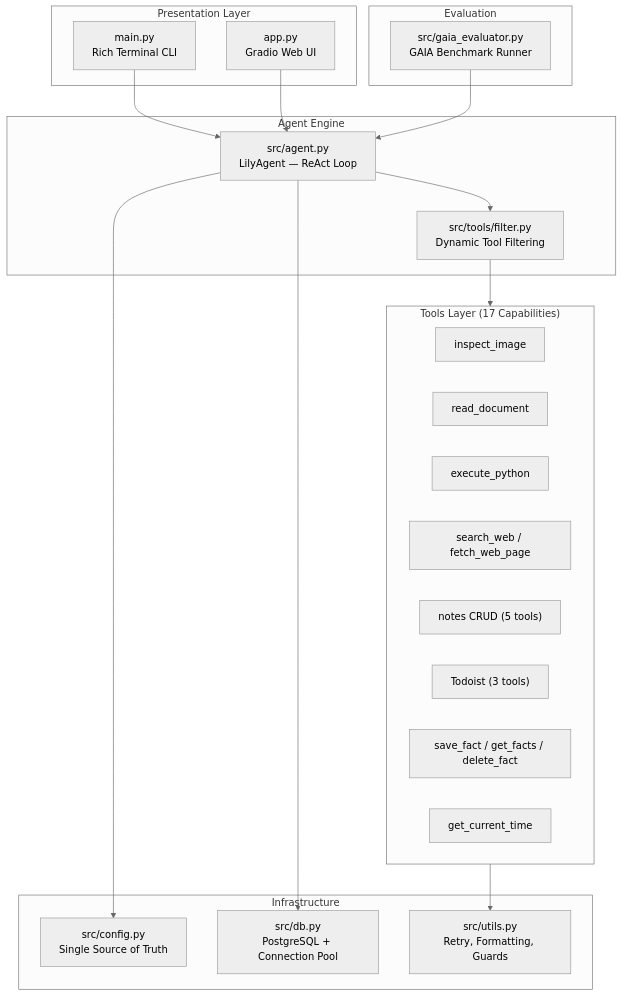
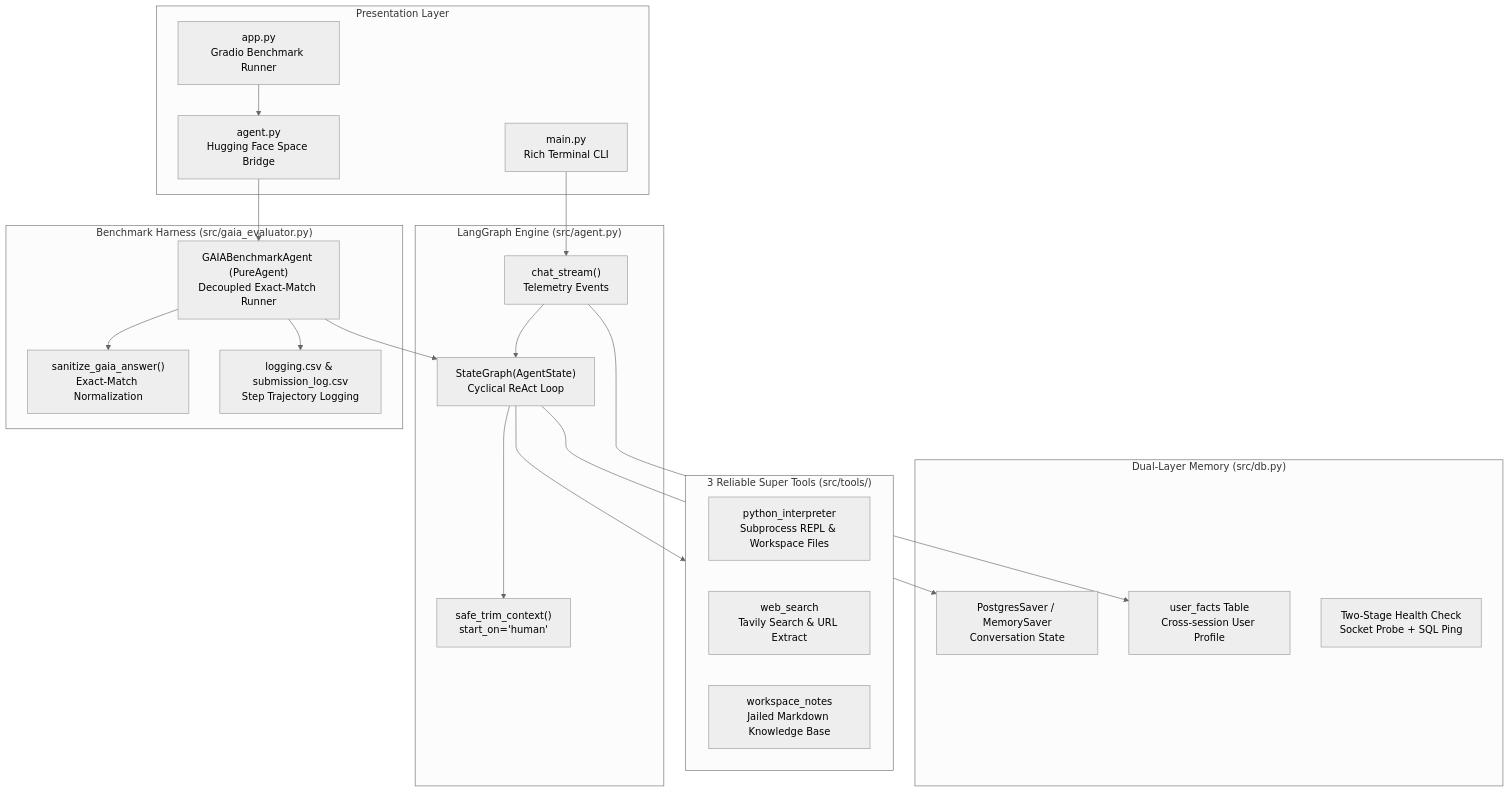
The diagram in README.md (19165/initio-lily), drawn with Mermaid (neutral theme) before and after one commit. The commit also changed other lines of this file, not shown here.

Commit message:
docs: modernize README.md with LangGraph architecture, 3 super tools, and gaia logging

````diff
--- a/README.md
+++ b/README.md
@@ -52,42 +50,44 @@
 ```mermaid
 graph TD
     subgraph Presentation["Presentation Layer"]
         CLI["main.py<br/>Rich Terminal CLI"]
-        WEB["app.py<br/>Gradio Web UI"]
+        WEB["app.py<br/>Gradio Benchmark Runner"]
+        BRIDGE["agent.py<br/>Hugging Face Space Bridge"]
     end
 
-    subgraph Engine["Agent Engine"]
-        AGENT["src/agent.py<br/>LilyAgent — ReAct Loop"]
-        FILTER["src/tools/filter.py<br/>Dynamic Tool Filtering"]
+    subgraph Engine["LangGraph Engine (src/agent.py)"]
+        GRAPH["StateGraph(AgentState)<br/>Cyclical ReAct Loop"]
+        TRIM["safe_trim_context()<br/>start_on='human'"]
+        STREAM["chat_stream()<br/>Telemetry Events"]
     end
 
-    subgraph Tools["Tools Layer (17 Capabilities)"]
-        VISION["inspect_image"]
-        DOCS["read_document"]
-        PYTHON["execute_python"]
-        SEARCH["search_web / fetch_web_page"]
-        NOTES["notes CRUD (5 tools)"]
-        TASKS["Todoist (3 tools)"]
-        MEMORY["save_fact / get_facts / delete_fact"]
-        TIME["get_current_time"]
+    subgraph Tools["3 Reliable Super Tools (src/tools/)"]
+        PYTHON["python_interpreter<br/>Subprocess REPL & Workspace Files"]
+        SEARCH["web_search<br/>Tavily Search & URL Extract"]
+        NOTES["workspace_notes<br/>Jailed Markdown Knowledge Base"]
     end
 
-    subgraph Infrastructure["Infrastructure"]
-        CONFIG["src/config.py<br/>Single Source of Truth"]
-        DB["src/db.py<br/>PostgreSQL + Connection Pool"]
-        UTILS["src/utils.py<br/>Retry, Formatting, Guards"]
+    subgraph Persistence["Dual-Layer Memory (src/db.py)"]
+        CHECKPOINT["PostgresSaver / MemorySaver<br/>Conversation State"]
+        FACTS["user_facts Table<br/>Cross-session User Profile"]
+        HEALTH["Two-Stage Health Check<br/>Socket Probe + SQL Ping"]
     end
 
-    subgraph Evaluation["Evaluation"]
-        GAIA["src/gaia_evaluator.py<br/>GAIA Benchmark Runner"]
+    subgraph Evaluation["Benchmark Harness (src/gaia_evaluator.py)"]
+        GAIA["GAIABenchmarkAgent (PureAgent)<br/>Decoupled Exact-Match Runner"]
+        SANITIZER["sanitize_gaia_answer()<br/>Exact-Match Normalization"]
+        LOGS["logging.csv & submission_log.csv<br/>Step Trajectory Logging"]
     end
 
-    CLI --> AGENT
-    WEB --> AGENT
-    AGENT --> FILTER
-    FILTER --> Tools
-    AGENT --> DB
-    AGENT --> CONFIG
-    Tools --> UTILS
-    GAIA --> AGENT
+    CLI --> STREAM
+    STREAM --> GRAPH
+    WEB --> BRIDGE
+    BRIDGE --> GAIA
+    GAIA --> GRAPH
+    GRAPH --> TRIM
+    GRAPH --> Tools
+    GRAPH --> CHECKPOINT
+    STREAM --> FACTS
+    GAIA --> SANITIZER
+    GAIA --> LOGS
 ```
````
